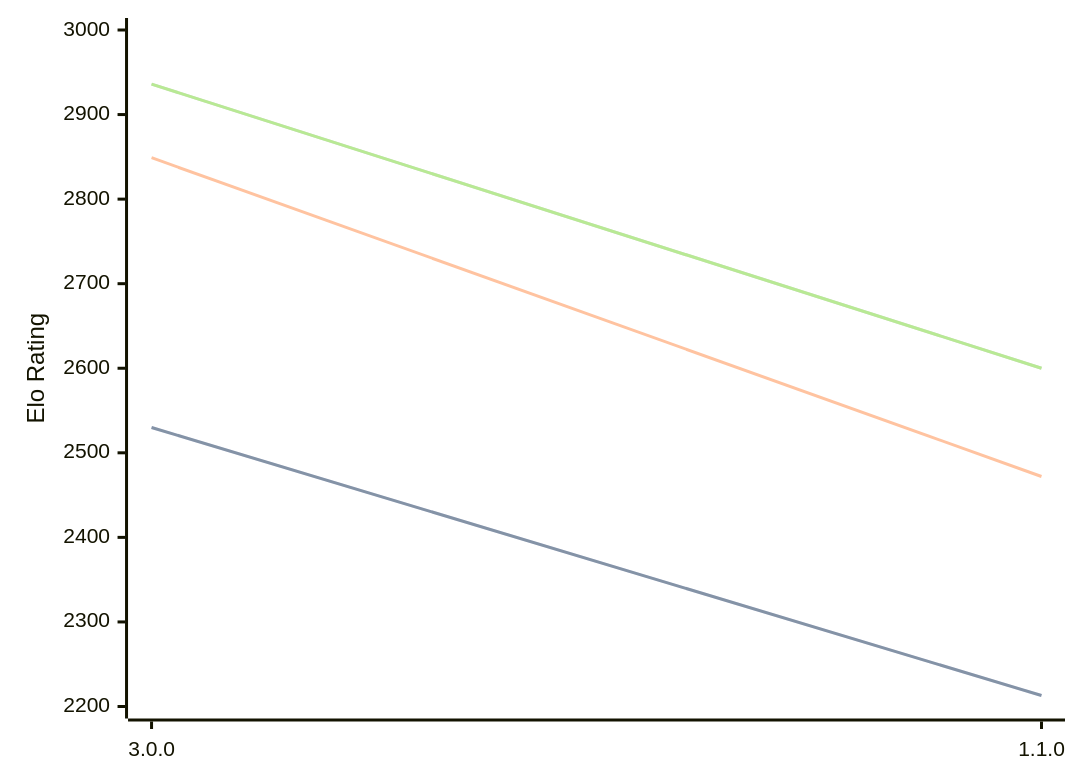
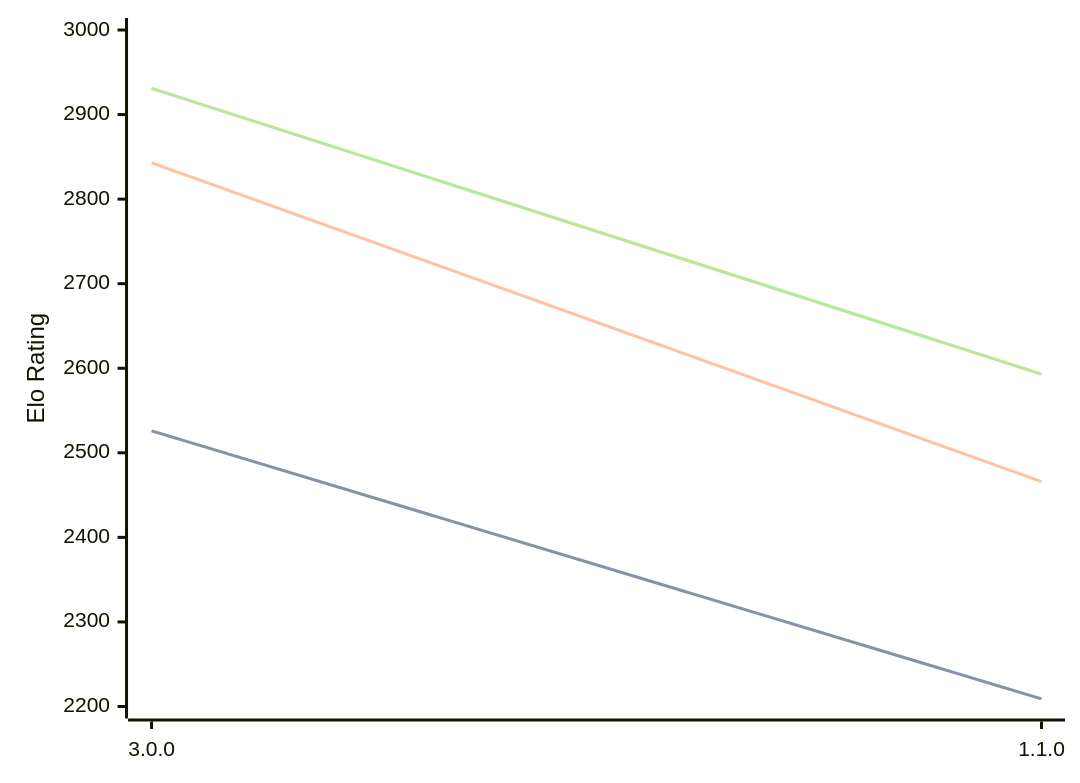
One commit to computer-chess-index/cci changed the third of 3 diagrams in engines/Potential.md. Above: the diagram before and after it, drawn with Mermaid. The commit also changed other lines of this file, not shown here.

Commit message:
Update CCI Ratings (ELO VLTC) - 2026-07-16

````diff
--- a/engines/Potential.md
+++ b/engines/Potential.md
@@ -67,11 +67,11 @@
 ```mermaid
 %%{init: {"theme":"base","themeVariables":{"seriesColors:['#a3a3a3','#222221','#faa371']}}}%%
 xychart-beta
   x-axis ["3.0.0", "1.1.0"]
   y-axis "Elo Rating" 2200 --> 3000
-  line "STC (8.0+0.08s)" [2530, 2213]
-  line "STC (8.0+0.08s)" [2530, 2213]
-  line "LTC (60.0+0.60s)" [2849, 2472]
-  line "VLTC (2m24s+1.12s)" [2936, 2600]
-  line "VLTC (2m24s+1.12s)" [2936, 2600]
+  line "STC (8.0+0.08s)" [2526, 2209]
+  line "STC (8.0+0.08s)" [2526, 2209]
+  line "LTC (60.0+0.60s)" [2843, 2466]
+  line "VLTC (2m24s+1.12s)" [2931, 2593]
+  line "VLTC (2m24s+1.12s)" [2931, 2593]
 ```
````
